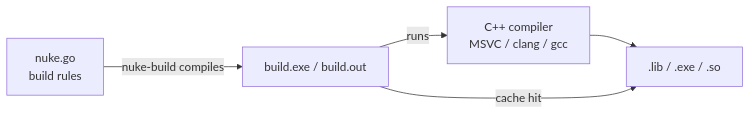
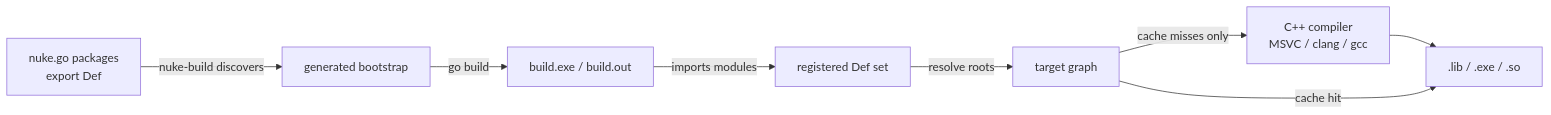
The diagram in README.md (bradphelan/nuke-engine), drawn with Mermaid before and after one commit. The commit also changed other lines of this file and 6 other files, not shown here.

````diff
--- a/README.md
+++ b/README.md
@@ -5,7 +57,10 @@
 ```mermaid
 flowchart LR
-    A[nuke.go\nbuild rules] -->|nuke-build compiles| B[build.exe / build.out]
-    B -->|runs| C[C++ compiler\nMSVC / clang / gcc]
-    C --> D[.lib / .exe / .so]
-    B -->|cache hit| D
+    A[nuke.go packages\nexport Def] -->|nuke-build discovers| B[generated bootstrap]
+    B -->|go build| C[build.exe / build.out]
+    C -->|imports modules| D[registered Def set]
+    D -->|resolve roots| E[target graph]
+    E -->|cache misses only| F[C++ compiler\nMSVC / clang / gcc]
+    F --> G[.lib / .exe / .so]
+    E -->|cache hit| G
 ```
````
